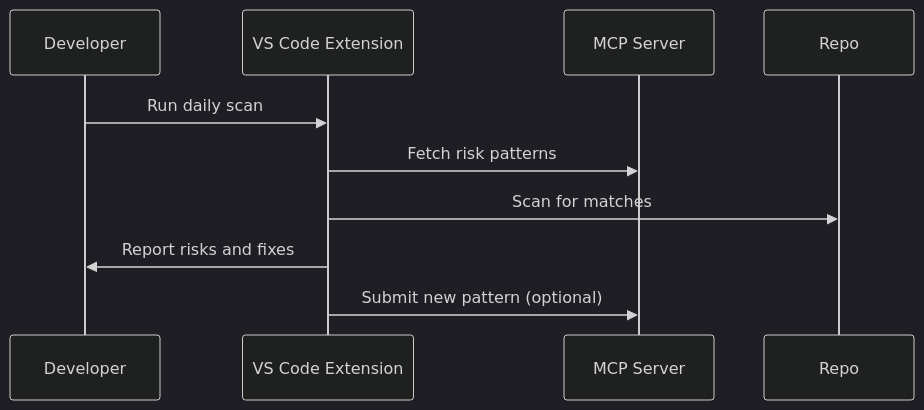
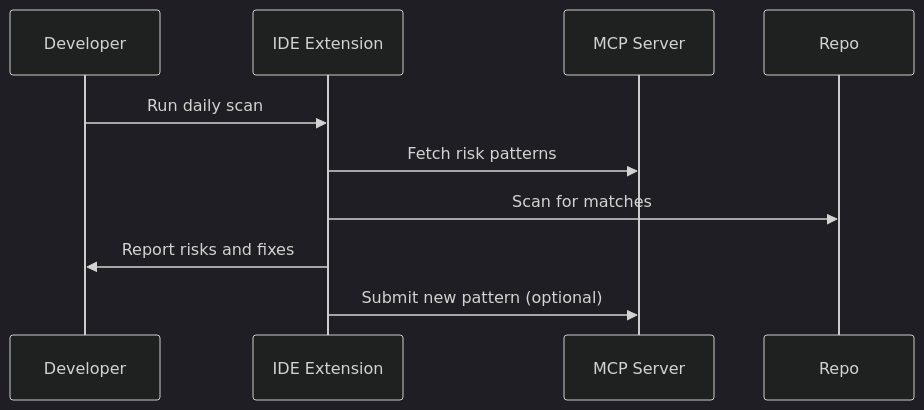
The second of 2 diagrams in pages/technical.md (Lizo-RoadTown/proveskit-agent), drawn with Mermaid (dark theme) before and after one commit. The commit also changed other lines of this file and 7 other files, not shown here.

````diff
--- a/pages/technical.md
+++ b/pages/technical.md
@@ -93,13 +119,13 @@
 ```mermaid
 sequenceDiagram
   participant Dev as Developer
-  participant Ext as VS Code Extension
+  participant Ext as IDE Extension
   participant MCP as MCP Server
   participant Repo as Repo
 
   Dev->>Ext: Run daily scan
   Ext->>MCP: Fetch risk patterns
   Ext->>Repo: Scan for matches
   Ext->>Dev: Report risks and fixes
   Ext->>MCP: Submit new pattern (optional)
 ```
````
